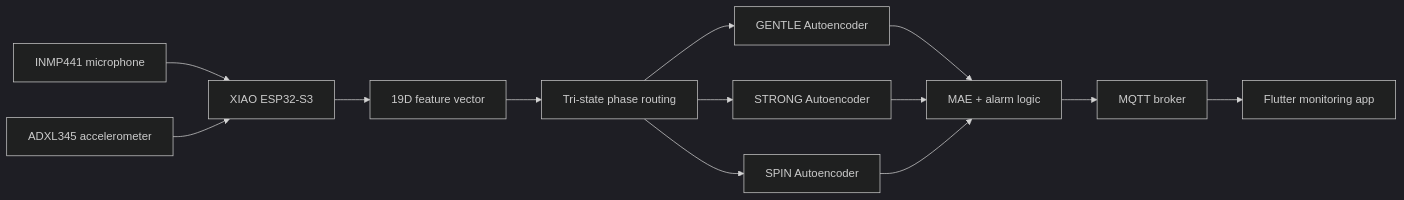
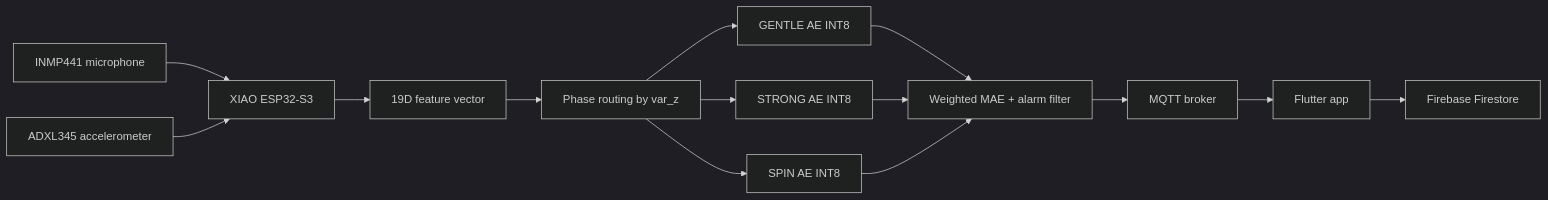
The diagram in README.md (t1qnq/TinyML-Anomaly-Detection), drawn with Mermaid (dark theme) before and after one commit. The commit also changed other lines of this file, not shown here.

````diff
--- a/README.md
+++ b/README.md
@@ -42,15 +70,16 @@
 ```mermaid
 flowchart LR
     A["INMP441 microphone"] --> C["XIAO ESP32-S3"]
     B["ADXL345 accelerometer"] --> C
     C --> D["19D feature vector"]
-    D --> E["Tri-state phase routing"]
-    E --> F["GENTLE Autoencoder"]
-    E --> G["STRONG Autoencoder"]
-    E --> H["SPIN Autoencoder"]
-    F --> I["MAE + alarm logic"]
+    D --> E["Phase routing by var_z"]
+    E --> F["GENTLE AE INT8"]
+    E --> G["STRONG AE INT8"]
+    E --> H["SPIN AE INT8"]
+    F --> I["Weighted MAE + alarm filter"]
     G --> I
     H --> I
     I --> J["MQTT broker"]
-    J --> K["Flutter monitoring app"]
+    J --> K["Flutter app"]
+    K --> L["Firebase Firestore"]
 ```
````
